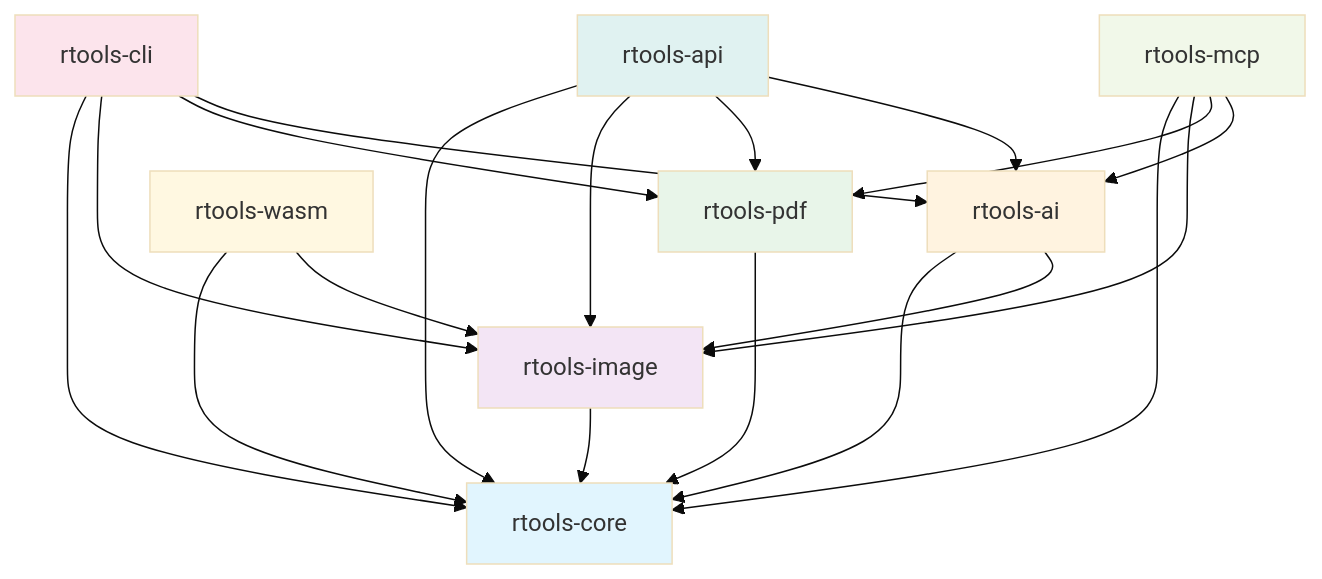
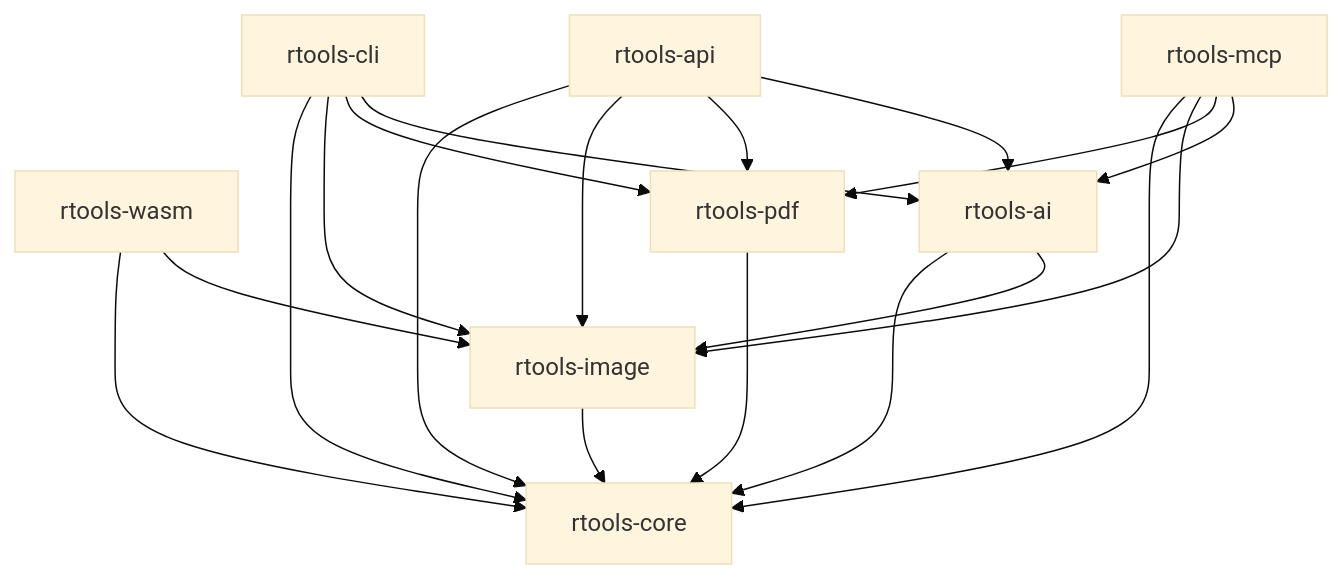
The fifth of 5 diagrams in docs/ARCHITECTURE.md (antarikshkarmakar/rtools), drawn with Mermaid (base theme) before and after one commit. The commit also changed other lines of this file and 20 other files, not shown here.

````diff
--- a/docs/ARCHITECTURE.md
+++ b/docs/ARCHITECTURE.md
@@ -267,34 +122,21 @@
 ```mermaid
 graph TD
     CLI[rtools-cli] --> Core[rtools-core]
+    API[rtools-api] --> Core
+    MCP[rtools-mcp] --> Core
+    WASM[rtools-wasm] --> Core
     CLI --> Img[rtools-image]
     CLI --> PDF[rtools-pdf]
     CLI --> AI[rtools-ai]
-
-    API[rtools-api] --> Core
     API --> Img
     API --> PDF
     API --> AI
-
-    MCP[rtools-mcp] --> Core
     MCP --> Img
     MCP --> PDF
     MCP --> AI
-
-    WASM[rtools-wasm] --> Core
     WASM --> Img
-
     Img --> Core
     PDF --> Core
     AI --> Core
     AI --> Img
-
-    style Core fill:#e1f5fe
-    style Img fill:#f3e5f5
-    style PDF fill:#e8f5e9
-    style AI fill:#fff3e0
-    style CLI fill:#fce4ec
-    style API fill:#e0f2f1
-    style MCP fill:#f1f8e9
-    style WASM fill:#fff8e1
 ```
````
